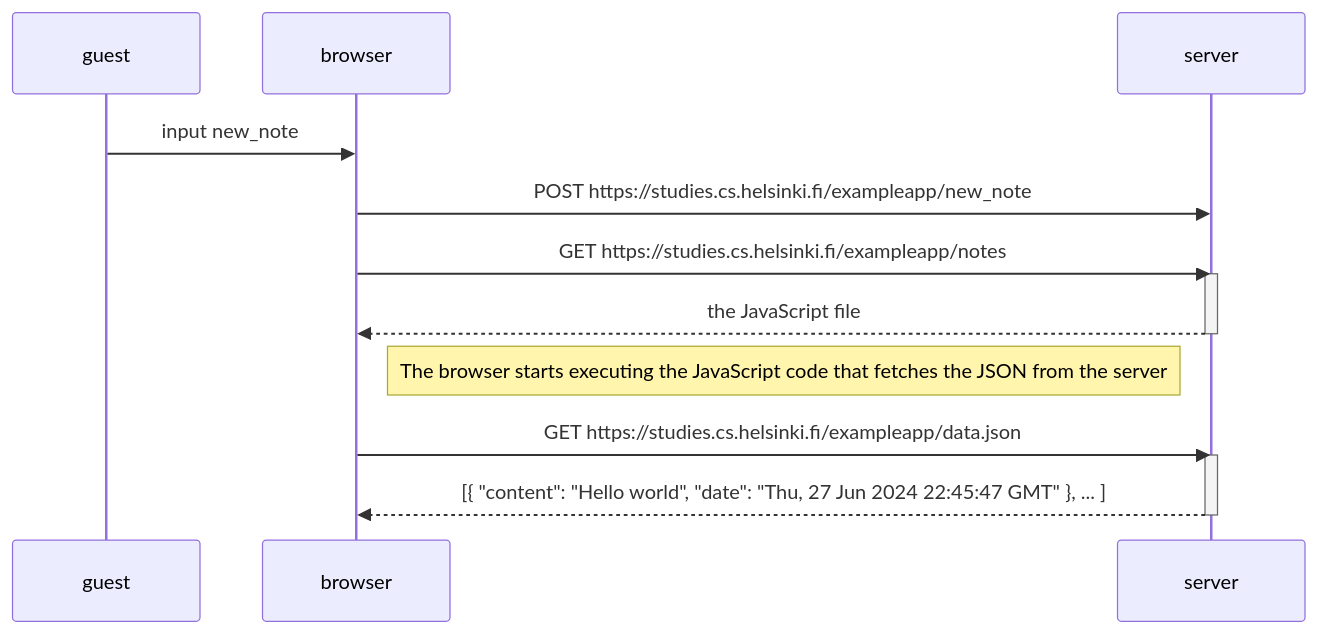
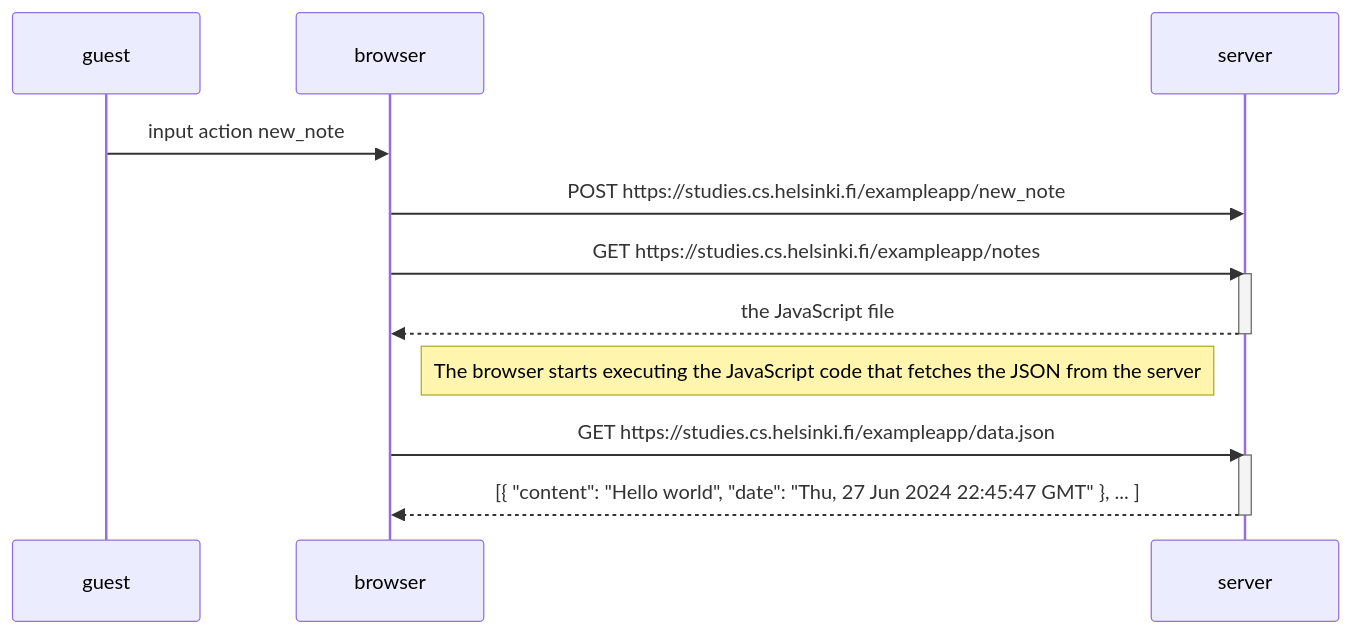
The diagram in Exercise_0.4_Fullstack_open.md (bacucan1/Fullstack-open-part-0-DG), drawn with Mermaid before and after one commit.

````diff
--- a/Exercise_0.4_Fullstack_open.md
+++ b/Exercise_0.4_Fullstack_open.md
@@ -1,21 +1,21 @@
 ```mermaid
 sequenceDiagram
     participant guest
     participant browser
     participant server
 
-    guest->>browser: input new_note
+    guest->>browser: input action new_note
     browser->>server: POST https://studies.cs.helsinki.fi/exampleapp/new_note
     browser->>server: GET https://studies.cs.helsinki.fi/exampleapp/notes
     activate server
     server-->>browser: the JavaScript file
     deactivate server
 
     Note right of browser: The browser starts executing the JavaScript code that fetches the JSON from the server
 
     browser->>server: GET https://studies.cs.helsinki.fi/exampleapp/data.json
     activate server
     server-->>browser: [{ "content": "Hello world", "date": "Thu, 27 Jun 2024 22:45:47 GMT" }, ... ]
     deactivate server
 
 ```
````
